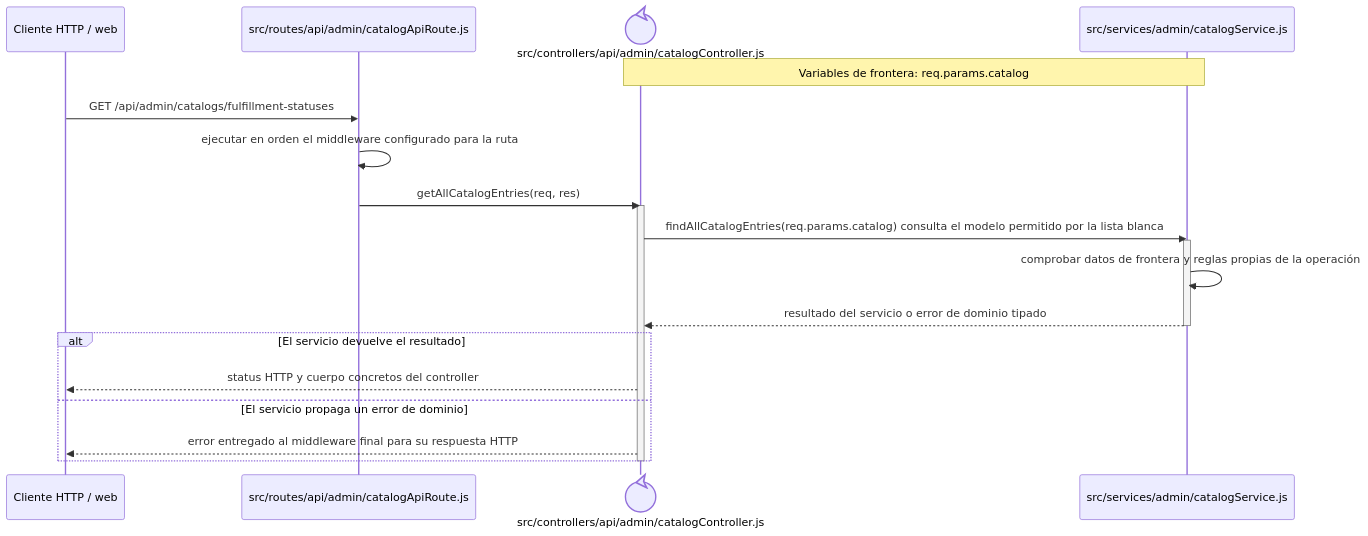
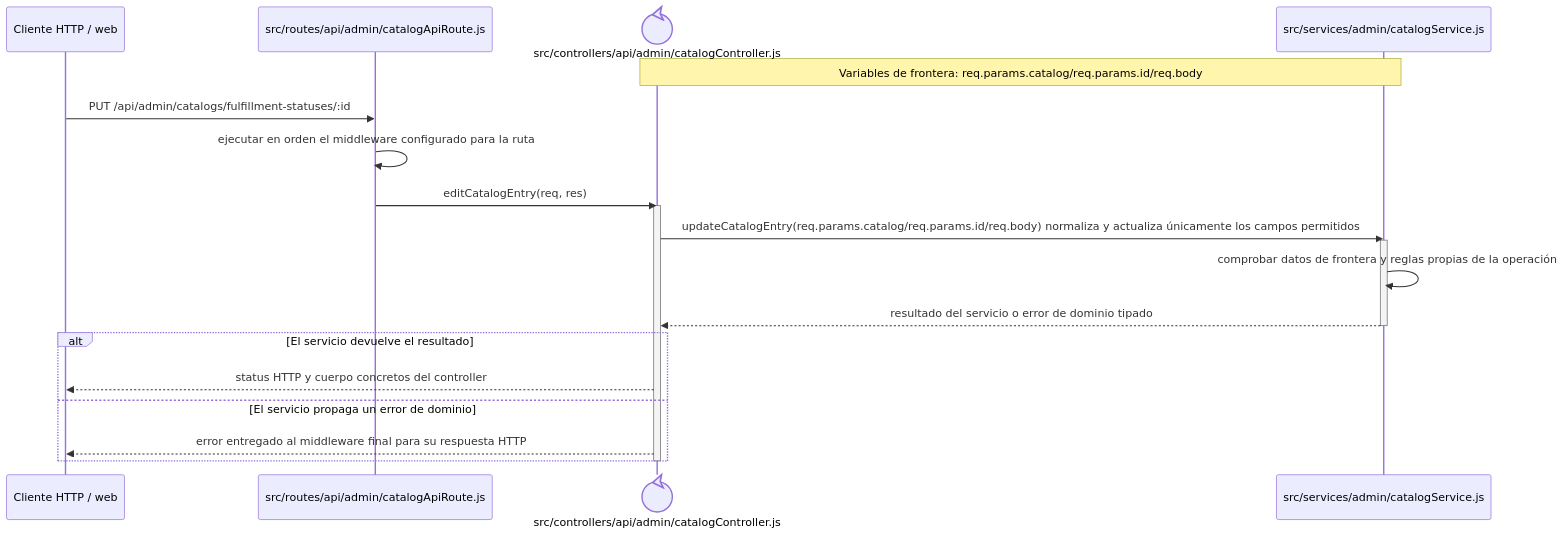
One commit to gpgsistemas01/nexus changed the diagram in docs/architecture/backend-code-sequences/catalogs/cu-cat-42.md. Above: the diagram before and after it, drawn with Mermaid. The commit also changed other lines of this file and 207 other files, not shown here.

````diff
--- a/docs/architecture/backend-code-sequences/catalogs/cu-cat-42.md
+++ b/docs/architecture/backend-code-sequences/catalogs/cu-cat-42.md
@@ -6,24 +6,24 @@
 ```mermaid
 sequenceDiagram
     participant Client as Cliente HTTP / web
     participant Route as src/routes/api/admin/catalogApiRoute.js
     participant Controller@{ "type": "control" } as src/controllers/api/admin/catalogController.js
     participant Domain as src/services/admin/catalogService.js
-    Note over Controller,Domain: Variables de frontera: req.params.catalog
+    Note over Controller,Domain: Variables de frontera: req.params.catalog/req.params.id/req.body
 
-    Client->>Route: GET /api/admin/catalogs/fulfillment-statuses
+    Client->>Route: PUT /api/admin/catalogs/fulfillment-statuses/:id
     Route->>Route: ejecutar en orden el middleware configurado para la ruta
-    Route->>Controller: getAllCatalogEntries(req, res)
+    Route->>Controller: editCatalogEntry(req, res)
     activate Controller
-    Controller->>Domain: findAllCatalogEntries(req.params.catalog) consulta el modelo permitido por la lista blanca
+    Controller->>Domain: updateCatalogEntry(req.params.catalog/req.params.id/req.body) normaliza y actualiza únicamente los campos permitidos
     activate Domain
     Domain->>Domain: comprobar datos de frontera y reglas propias de la operación
     Domain-->>Controller: resultado del servicio o error de dominio tipado
     deactivate Domain
     alt El servicio devuelve el resultado
         Controller-->>Client: status HTTP y cuerpo concretos del controller
     else El servicio propaga un error de dominio
         Controller-->>Client: error entregado al middleware final para su respuesta HTTP
     end
     deactivate Controller
 ```
````
